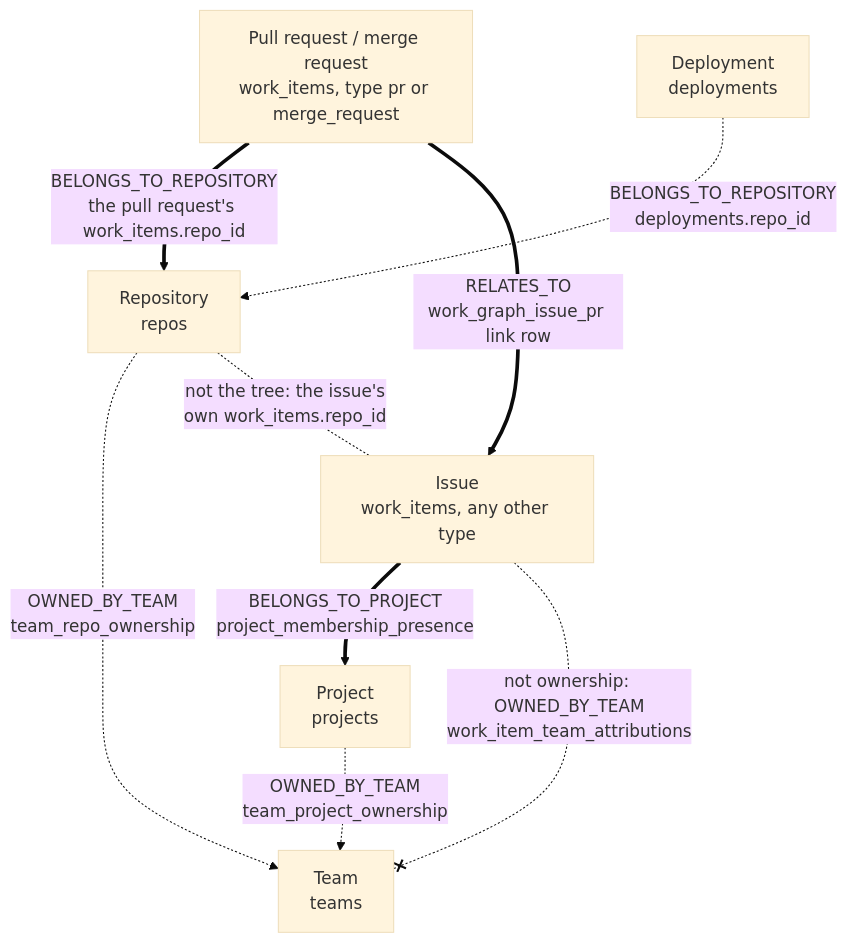
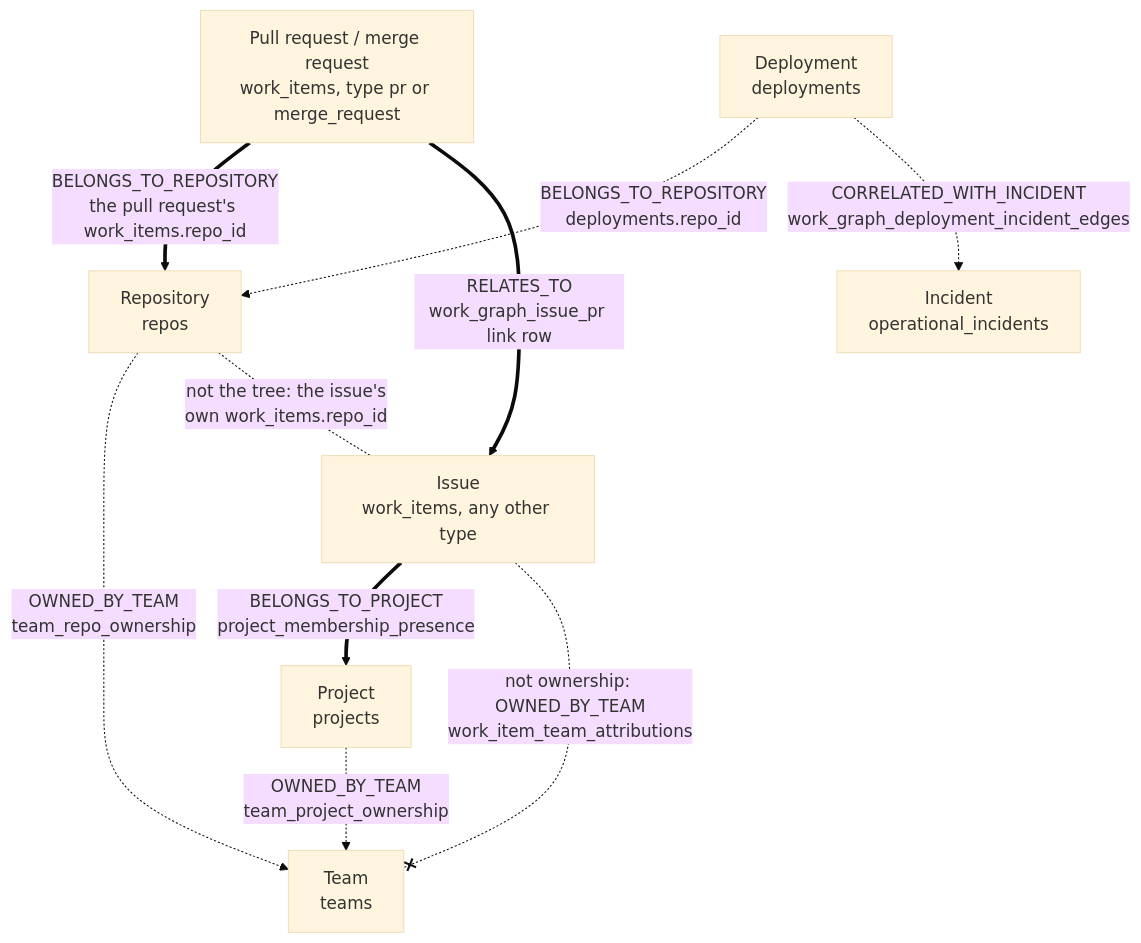
The second of 3 diagrams in docs/contribute/architecture/data-and-storage.md (full-chaos/dev-health-ops), drawn with Mermaid (base theme) before and after one commit. The commit also changed other lines of this file, not shown here.

Commit message:
docs: CHAOS-9793 draw the deployment-incident edge in the entity tree

````diff
--- a/docs/contribute/architecture/data-and-storage.md
+++ b/docs/contribute/architecture/data-and-storage.md
@@ -380,18 +380,20 @@
 ```mermaid
 flowchart TB
     REPO["Repository<br/>repos"]
     PR["Pull request / merge request<br/>work_items, type pr or merge_request"]
     ISSUE["Issue<br/>work_items, any other type"]
     PROJ["Project<br/>projects"]
     TEAM["Team<br/>teams"]
     DEP["Deployment<br/>deployments"]
+    INC["Incident<br/>operational_incidents"]
 
     PR ==>|"BELONGS_TO_REPOSITORY<br/>the pull request's work_items.repo_id"| REPO
     PR ==>|"RELATES_TO<br/>work_graph_issue_pr link row"| ISSUE
     ISSUE ==>|"BELONGS_TO_PROJECT<br/>project_membership_presence"| PROJ
     REPO -.->|"OWNED_BY_TEAM<br/>team_repo_ownership"| TEAM
     PROJ -.->|"OWNED_BY_TEAM<br/>team_project_ownership"| TEAM
     DEP -.->|"BELONGS_TO_REPOSITORY<br/>deployments.repo_id"| REPO
+    DEP -.->|"CORRELATED_WITH_INCIDENT<br/>work_graph_deployment_incident_edges"| INC
     REPO x-.-|"not the tree: the issue's<br/>own work_items.repo_id"| ISSUE
     ISSUE -.-x|"not ownership: OWNED_BY_TEAM<br/>work_item_team_attributions"| TEAM
 ```
````
